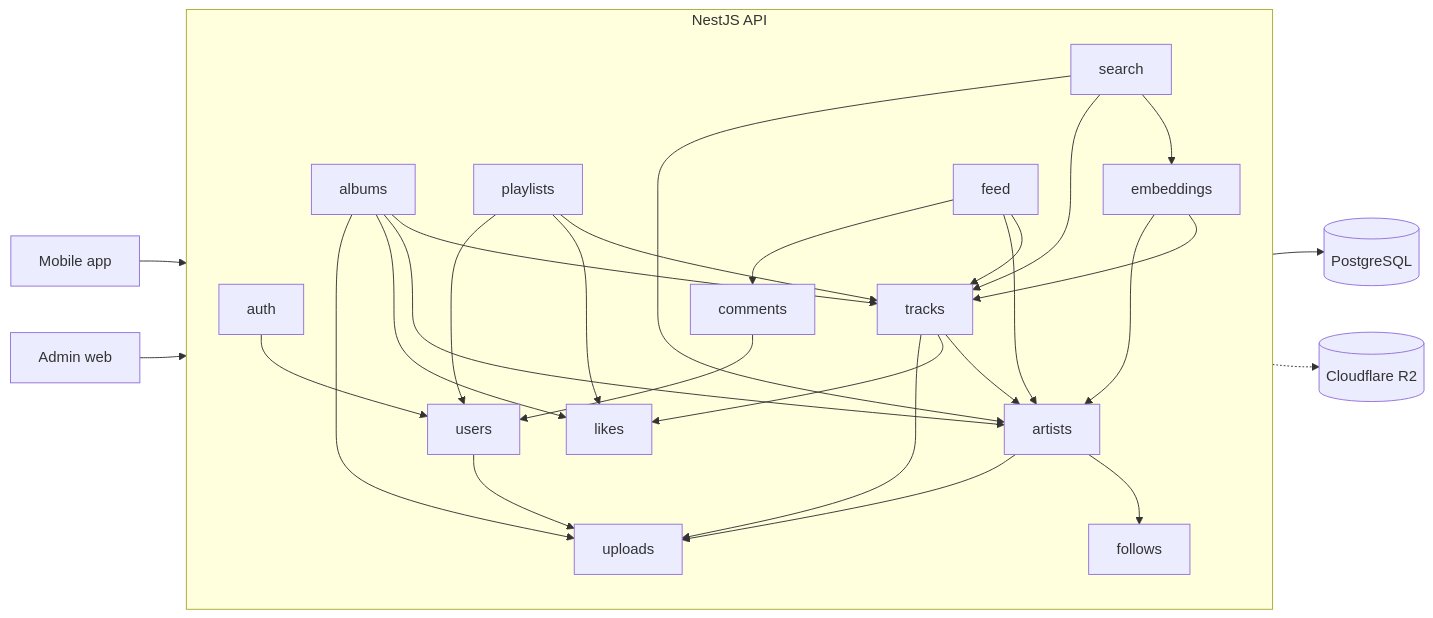
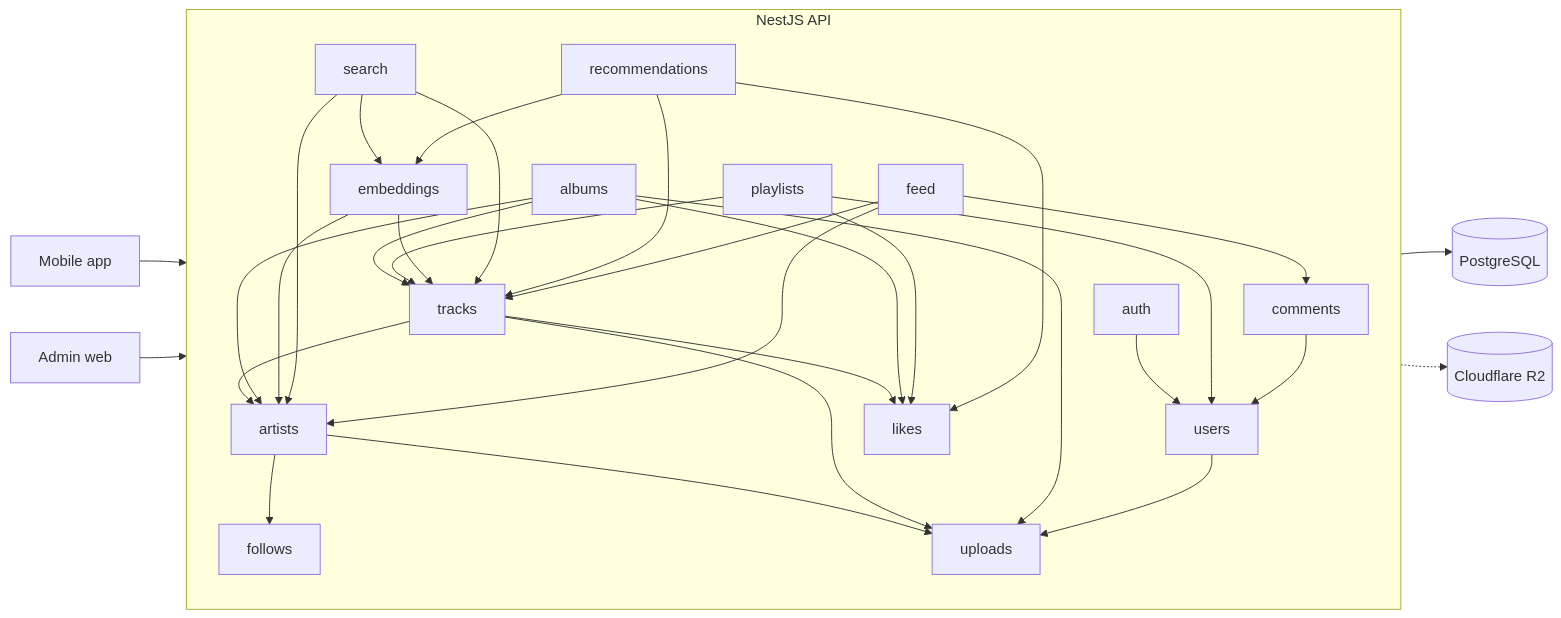
One commit to vinhmai2109551/music-stream-app changed the first of 2 diagrams in README.md. Above: the diagram before and after it, drawn with Mermaid. The commit also changed other lines of this file and 39 other files, not shown here.

Commit message:
feat(recommendations): personalised for-you, because-you-listened and similar tracks [SAM1-13]

````diff
--- a/README.md
+++ b/README.md
@@ -192,33 +192,36 @@
 ```mermaid
 flowchart LR
   Mobile[Mobile app] --> API
   Admin[Admin web] --> API
   subgraph API[NestJS API]
     direction TB
     auth --> users
     artists --> follows
     artists --> uploads
     tracks --> artists
     tracks --> likes
     tracks --> uploads
     albums --> tracks
     albums --> artists
     albums --> likes
     albums --> uploads
     playlists --> tracks
     playlists --> likes
     playlists --> users
     comments --> users
     users --> uploads
     embeddings --> tracks
     embeddings --> artists
     search --> embeddings
     search --> tracks
     search --> artists
+    recommendations --> embeddings
+    recommendations --> tracks
+    recommendations --> likes
     feed --> tracks
     feed --> artists
     feed --> comments
   end
   API --> DB[(PostgreSQL)]
   API -.-> R2[(Cloudflare R2)]
 ```
````
